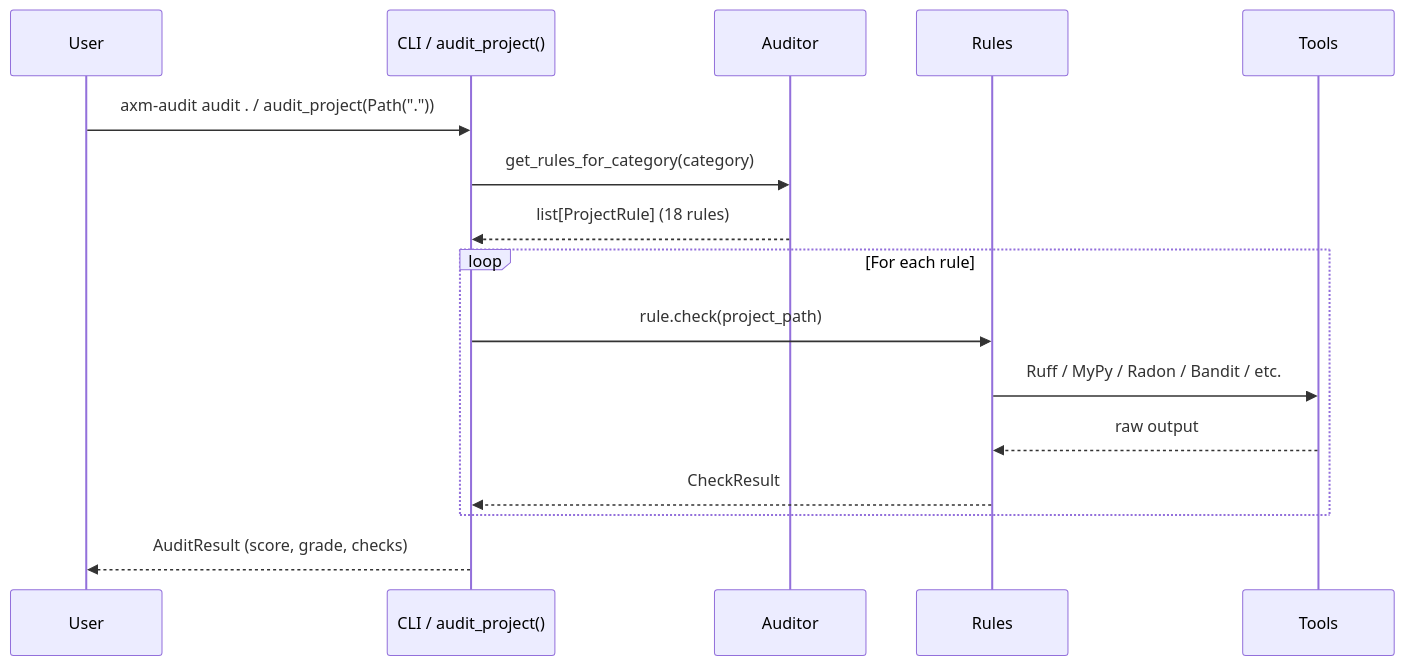
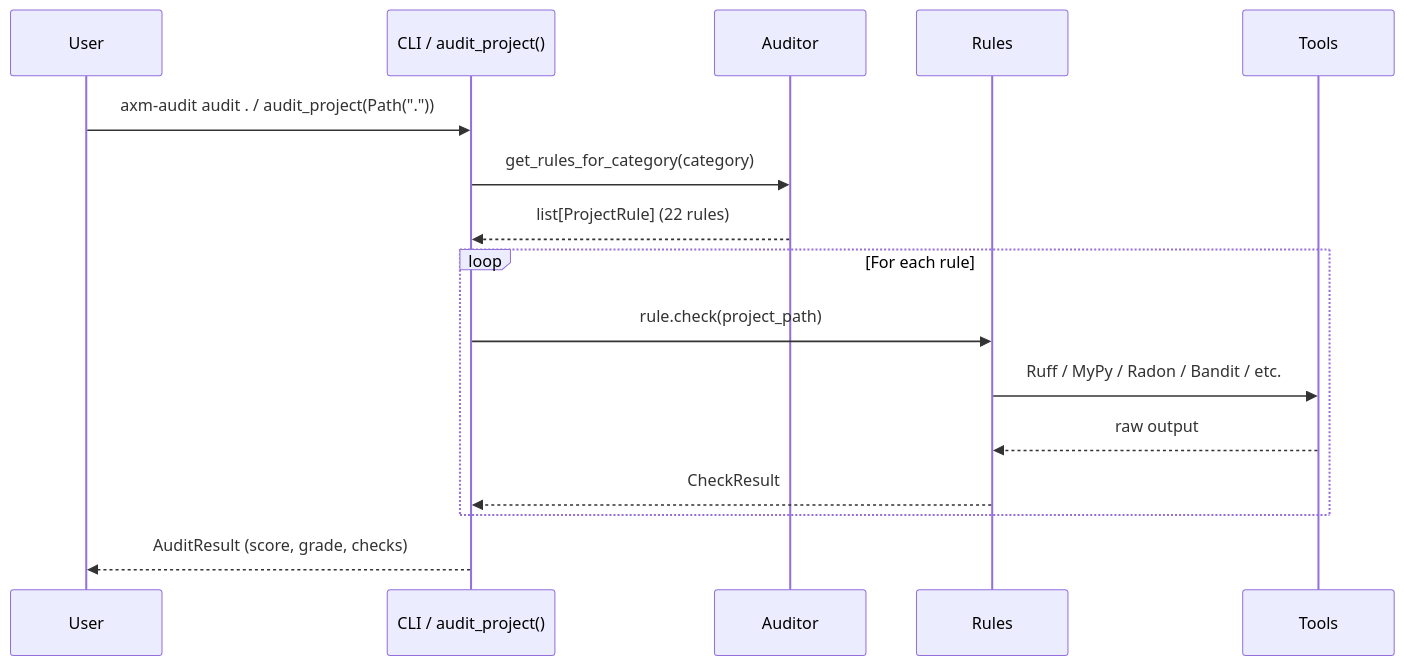
Before and after one commit to axm-protocols/axm-forge: the second of 2 diagrams in docs/explanation/architecture.md, drawn with Mermaid. The commit also changed other lines of this file and 3 other files, not shown here.

````diff
--- a/docs/explanation/architecture.md
+++ b/docs/explanation/architecture.md
@@ -158,19 +158,19 @@
 ```mermaid
 sequenceDiagram
     participant User
     participant CLI as CLI / audit_project()
     participant Auditor
     participant Rules
     participant Tools
 
     User->>CLI: axm-audit audit . / audit_project(Path("."))
     CLI->>Auditor: get_rules_for_category(category)
-    Auditor-->>CLI: list[ProjectRule] (18 rules)
+    Auditor-->>CLI: list[ProjectRule] (22 rules)
     loop For each rule
         CLI->>Rules: rule.check(project_path)
         Rules->>Tools: Ruff / MyPy / Radon / Bandit / etc.
         Tools-->>Rules: raw output
         Rules-->>CLI: CheckResult
     end
     CLI-->>User: AuditResult (score, grade, checks)
 ```
````
